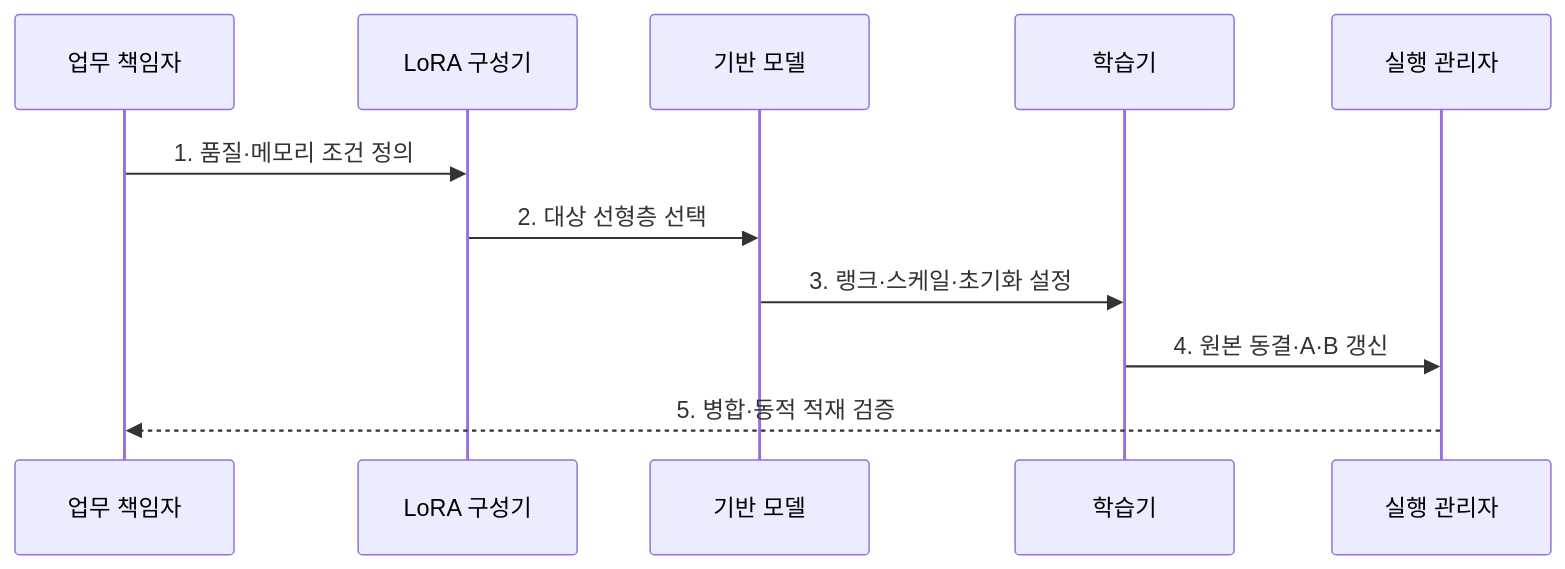
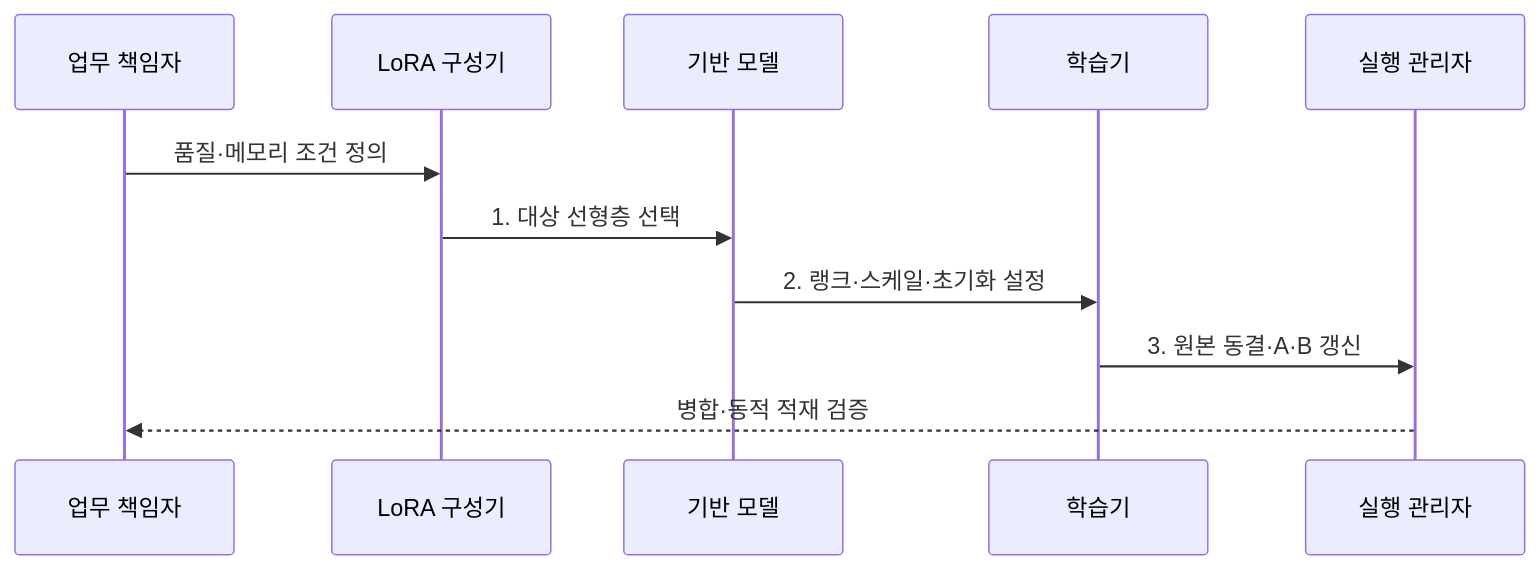
One commit to agnusdei1207/knowledge-base changed the second of 2 diagrams in src/content/docs/notes/08-latest-tech/062_low_rank_adaptation.md. Above: the diagram before and after it, drawn with Mermaid. The commit also changed other lines of this file and 225 other files, not shown here.

````diff
--- a/src/content/docs/notes/08-latest-tech/062_low_rank_adaptation.md
+++ b/src/content/docs/notes/08-latest-tech/062_low_rank_adaptation.md
@@ -82,13 +82,13 @@
 ```mermaid
 sequenceDiagram
     participant O as 업무 책임자
     participant C as LoRA 구성기
     participant M as 기반 모델
     participant T as 학습기
     participant R as 실행 관리자
-    O->>C: 1. 품질·메모리 조건 정의
-    C->>M: 2. 대상 선형층 선택
-    M->>T: 3. 랭크·스케일·초기화 설정
-    T->>R: 4. 원본 동결·A·B 갱신
-    R-->>O: 5. 병합·동적 적재 검증
+    O->>C: 품질·메모리 조건 정의
+    C->>M: 1. 대상 선형층 선택
+    M->>T: 2. 랭크·스케일·초기화 설정
+    T->>R: 3. 원본 동결·A·B 갱신
+    R-->>O: 병합·동적 적재 검증
 ```
````
